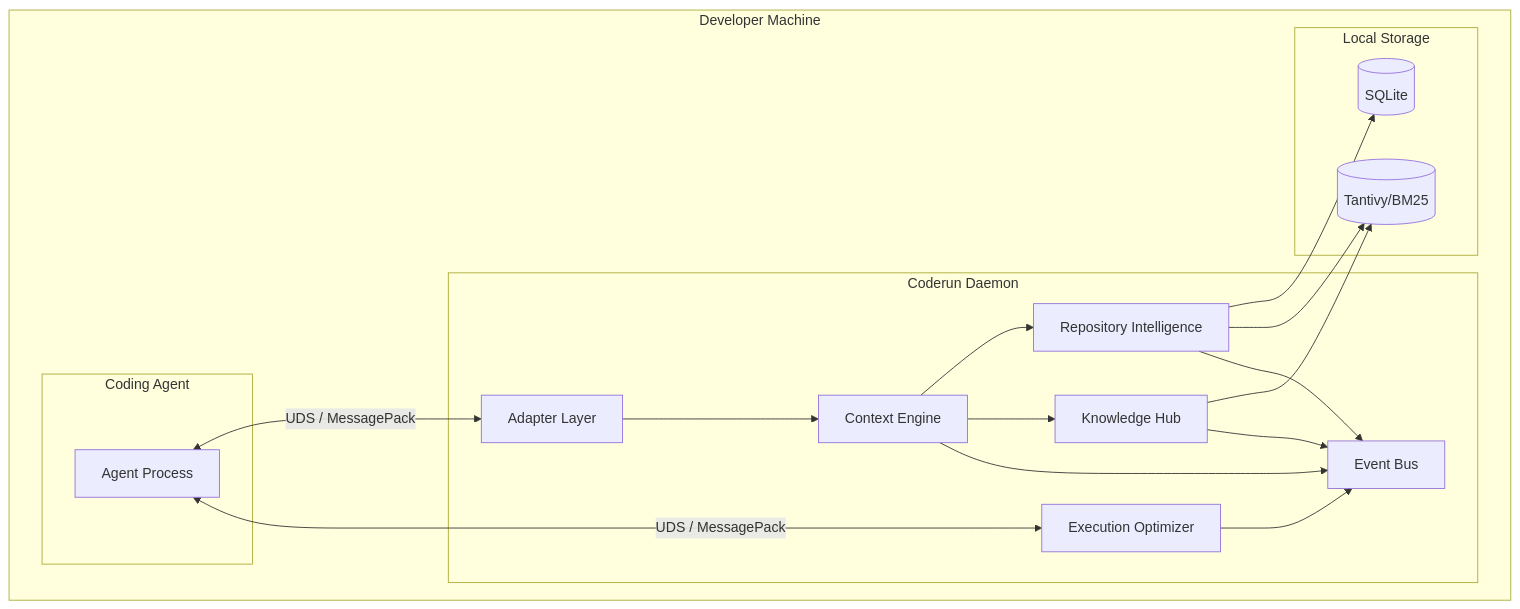
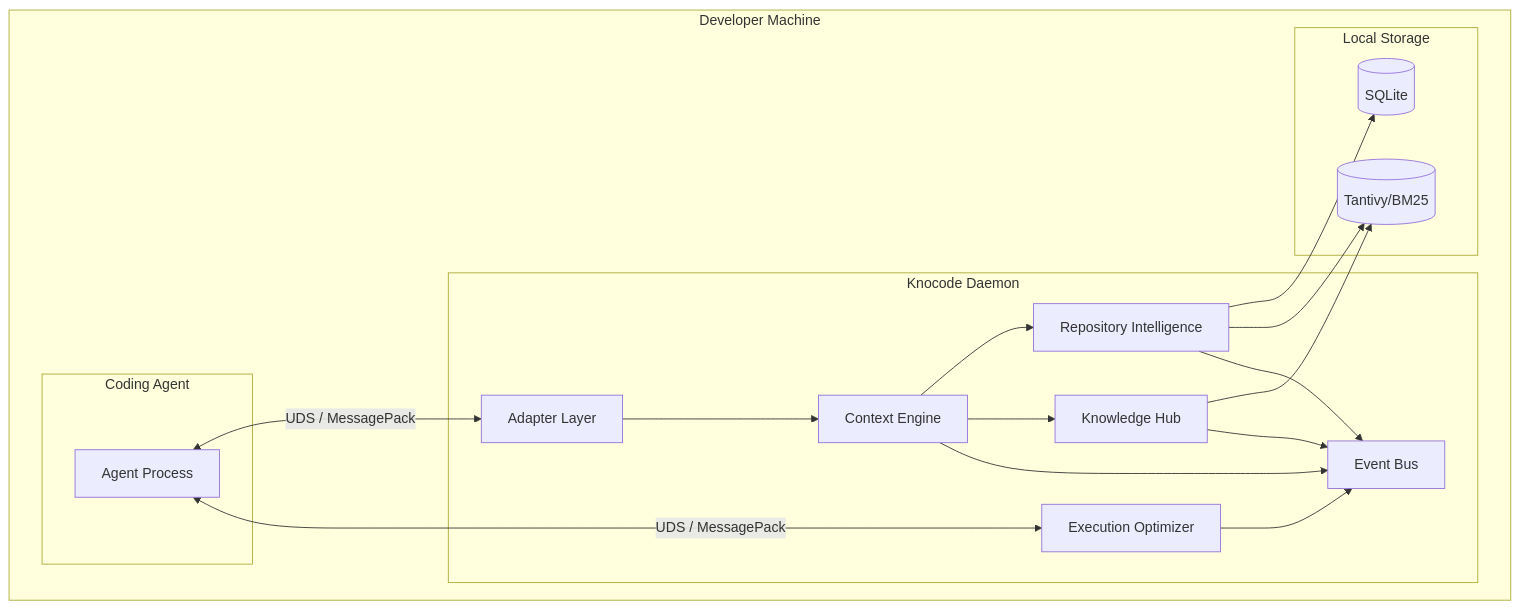
One commit to leonortega/coderun changed the diagram in docs/01-architecture/ARCHITECTURE.md. Above: the diagram before and after it, drawn with Mermaid. The commit also changed other lines of this file and 223 other files, not shown here.

First line of the commit message:
refactor: rename Coderun to Knocode in uninstall script and related configurations

````diff
--- a/docs/01-architecture/ARCHITECTURE.md
+++ b/docs/01-architecture/ARCHITECTURE.md
@@ -21,38 +21,38 @@
 ```mermaid
 graph TB
     subgraph Developer Machine
         subgraph Coding Agent
             CA[Agent Process]
         end
 
-        subgraph Coderun Daemon
+        subgraph Knocode Daemon
             AD[Adapter Layer]
             CE[Context Engine]
             RI[Repository Intelligence]
             KH[Knowledge Hub]
             EO[Execution Optimizer]
             EB[Event Bus]
         end
 
         subgraph Local Storage
             DB[(SQLite)]
             TV[(Tantivy/BM25)]
         end
     end
 
     CA <-->|UDS / MessagePack| AD
     AD --> CE
     CE --> RI
     CE --> KH
 
     CA <-->|UDS / MessagePack| EO
 
     RI --> DB
     RI --> TV
     KH --> TV
 
     CE --> EB
     RI --> EB
     KH --> EB
     EO --> EB
 ```
````
